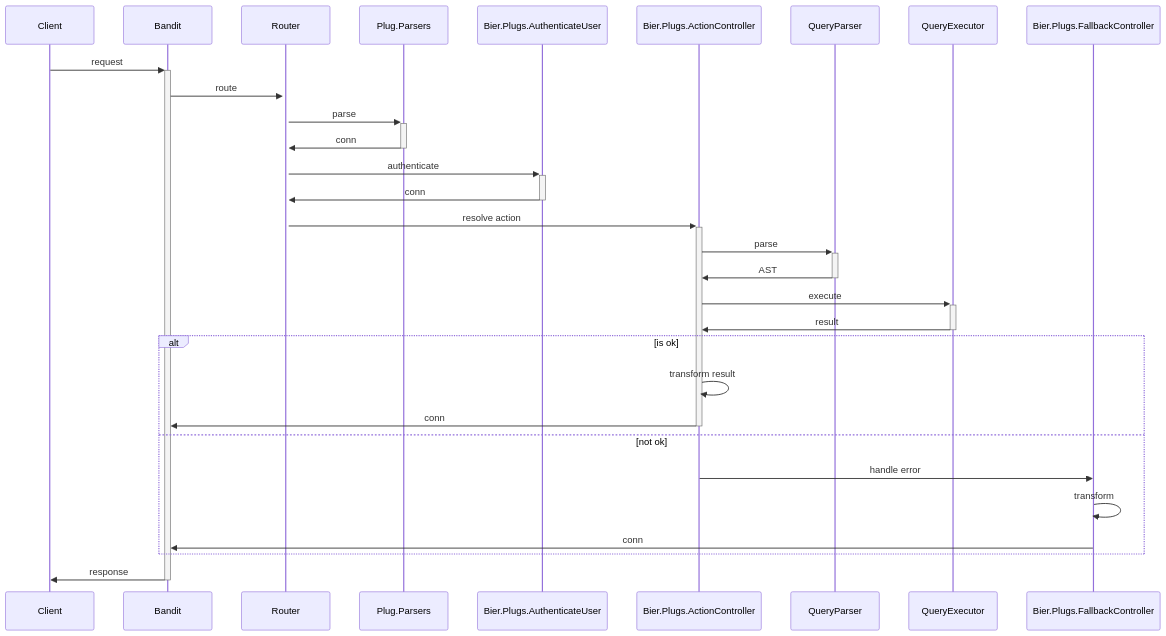
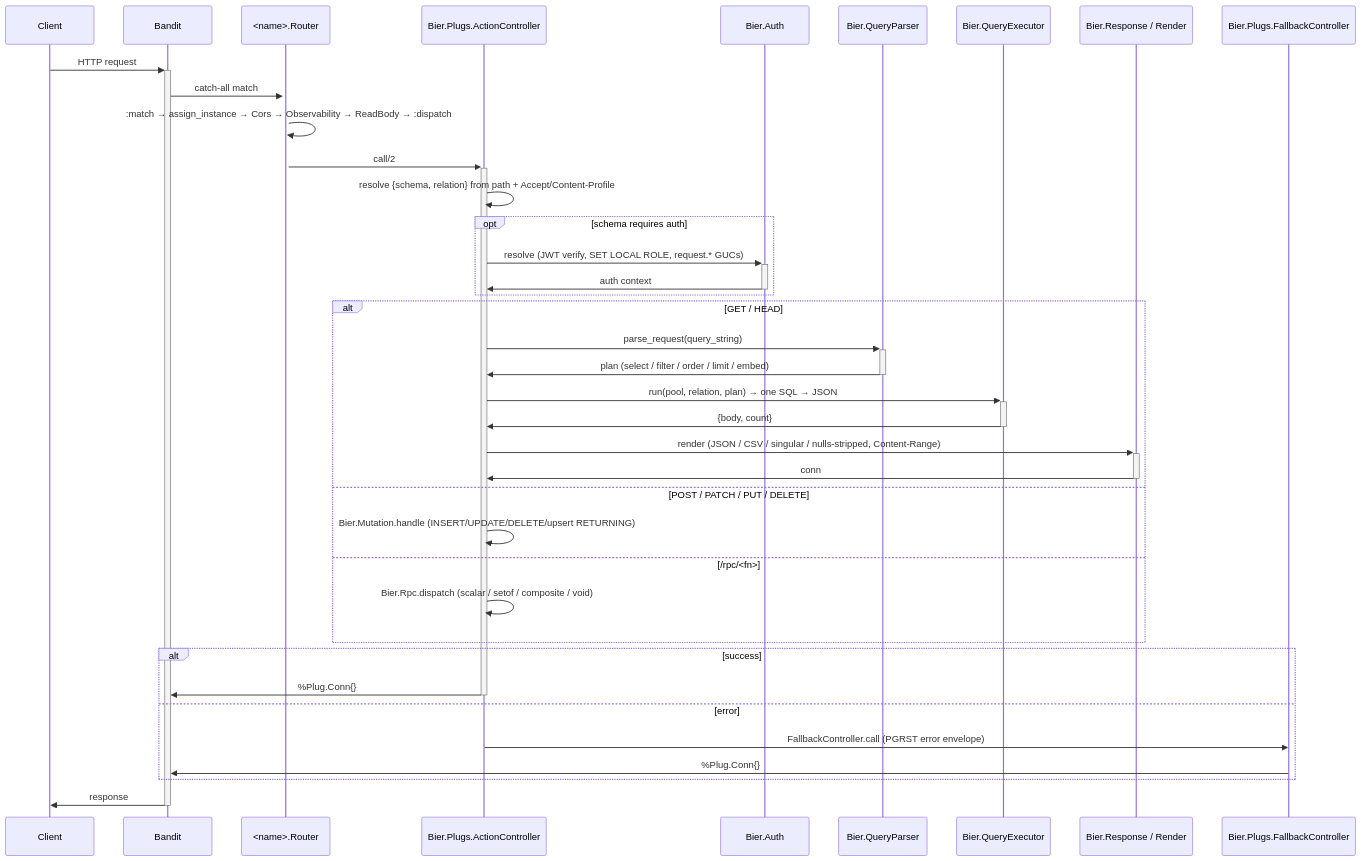
One commit to milmazz/bier changed the second of 2 diagrams in README.md. Above: the diagram before and after it, drawn with Mermaid. The commit also changed other lines of this file and 1 other file, not shown here.

First line of the commit message:
docs: refresh README + CLAUDE.md to match current architecture

````diff
--- a/README.md
+++ b/README.md
@@ -58,32 +158,40 @@
 ```mermaid
 sequenceDiagram
     participant C as Client
-    participant B as Bandit
-    participant R as Router
-    participant P as Plug.Parsers
-    participant A as Bier.Plugs.AuthenticateUser
+    participant G as Bandit
+    participant R as <name>.Router
     participant AC as Bier.Plugs.ActionController
-    participant QP as QueryParser
-    participant QE as QueryExecutor
+    participant AU as Bier.Auth
+    participant QP as Bier.QueryParser
+    participant QE as Bier.QueryExecutor
+    participant RN as Bier.Response / Render
     participant FC as Bier.Plugs.FallbackController
-    C->>+B: request
-    B->>+R: route
-    R->>+P: parse
-    P->>-R: conn
-    R->>+A: authenticate
-    A->>-R: conn
-    R->>+AC: resolve action
-    AC->>+QP: parse
-    QP->>-AC: AST
-    AC->>+QE: execute
-    QE->>-AC: result
-    alt is ok
-    AC->>AC: transform result
-    AC->>-B: conn
-    else not ok
-    AC->>FC: handle error
-    FC->>FC: transform
-    FC->>B: conn
+    C->>+G: HTTP request
+    G->>+R: catch-all match
+    R->>R: :match → assign_instance → Cors → Observability → ReadBody → :dispatch
+    R->>+AC: call/2
+    AC->>AC: resolve {schema, relation} from path + Accept/Content-Profile
+    opt schema requires auth
+        AC->>+AU: resolve (JWT verify, SET LOCAL ROLE, request.* GUCs)
+        AU->>-AC: auth context
     end
-    B->>-C: response
+    alt GET / HEAD
+        AC->>+QP: parse_request(query_string)
+        QP->>-AC: plan (select / filter / order / limit / embed)
+        AC->>+QE: run(pool, relation, plan) → one SQL → JSON
+        QE->>-AC: {body, count}
+        AC->>+RN: render (JSON / CSV / singular / nulls-stripped, Content-Range)
+        RN->>-AC: conn
+    else POST / PATCH / PUT / DELETE
+        AC->>AC: Bier.Mutation.handle (INSERT/UPDATE/DELETE/upsert RETURNING)
+    else /rpc/<fn>
+        AC->>AC: Bier.Rpc.dispatch (scalar / setof / composite / void)
+    end
+    alt success
+        AC->>-G: %Plug.Conn{}
+    else error
+        AC->>FC: FallbackController.call (PGRST error envelope)
+        FC->>G: %Plug.Conn{}
+    end
+    G->>-C: response
 ```
````
